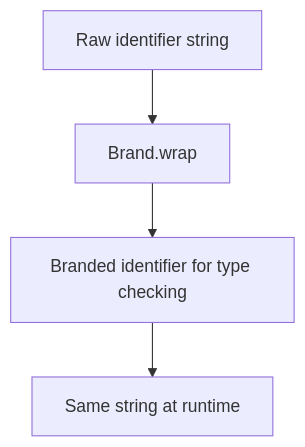
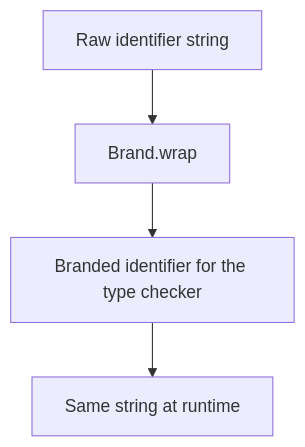
Before and after one commit to pplnd/core: the diagram in docs/src/content/docs/guides/brand.md, drawn with Mermaid. The commit also changed other lines of this file and 63 other files, not shown here.

````diff
--- a/docs/src/content/docs/guides/brand.md
+++ b/docs/src/content/docs/guides/brand.md
@@ -28,6 +41,6 @@
 ```mermaid
 flowchart TD
   Raw["Raw identifier string"] --> Wrap["Brand.wrap"]
-  Wrap --> Typed["Branded identifier for type checking"]
-  Typed --> Use["Same string at runtime"]
+  Wrap --> Typed["Branded identifier for the type checker"]
+  Typed --> Runtime["Same string at runtime"]
 ```
````
